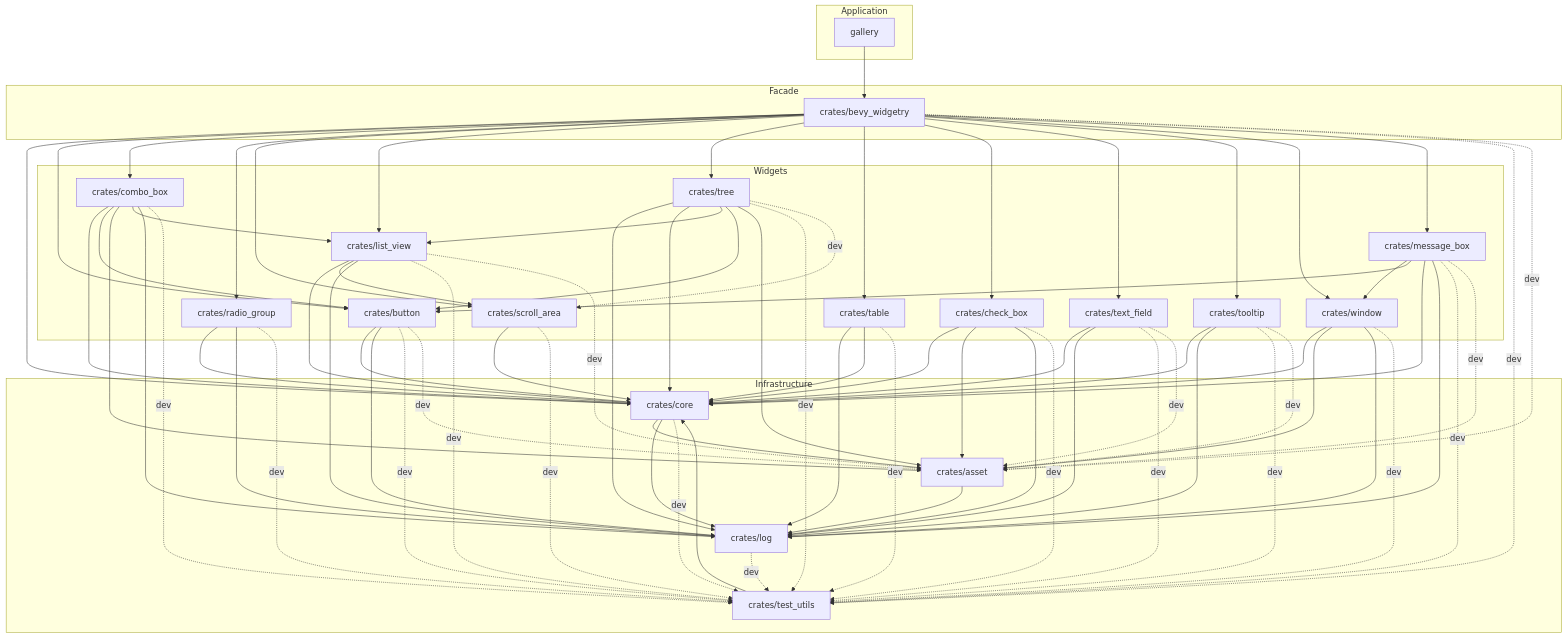
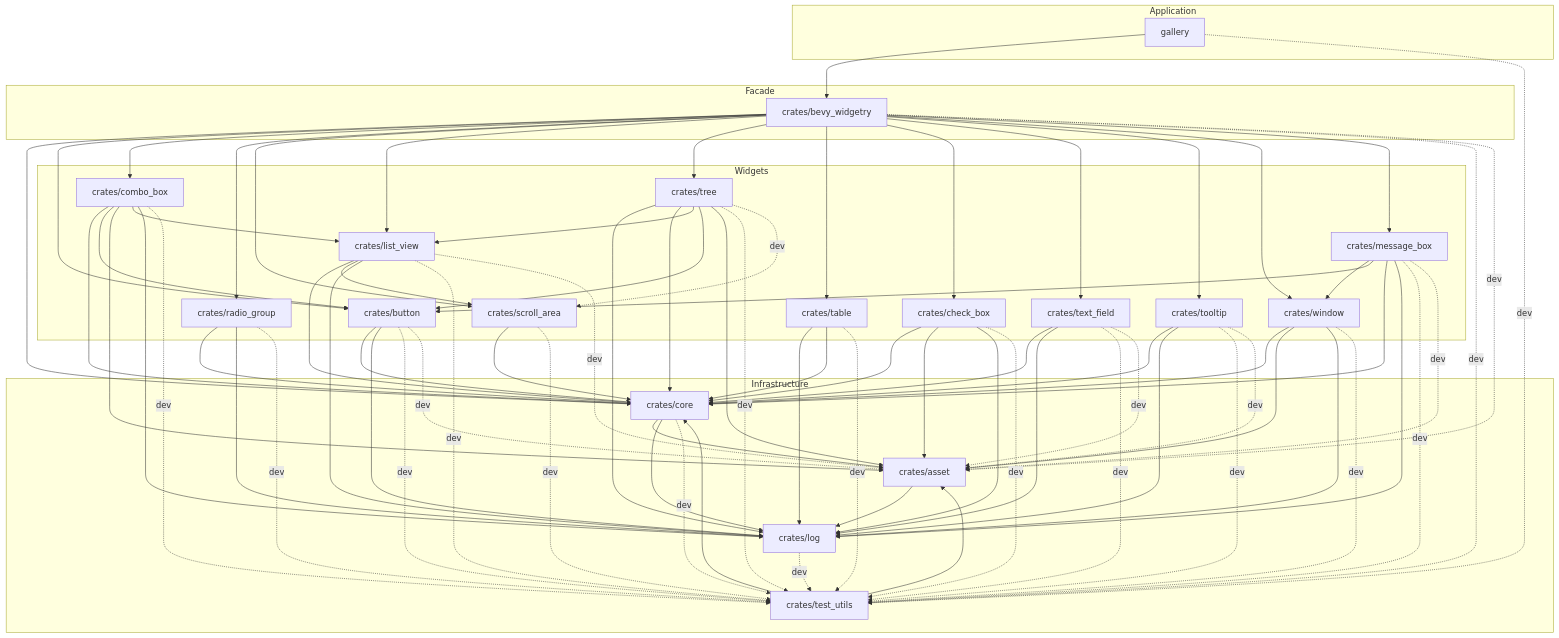
The diagram in docs/architecture.md (slc90/bevy_widgetry), drawn with Mermaid before and after one commit. The commit also changed other lines of this file and 18 other files, not shown here.

```diff
--- a/docs/architecture.md
+++ b/docs/architecture.md
@@ -223,6 +227,7 @@
     end
 
     gallery --> widgetry
+    gallery -. dev .-> test_utils
 
     widgetry --> core
     widgetry --> button
@@ -284,6 +289,7 @@
     window --> log
 
     test_utils --> core
+    test_utils --> asset
 
     widgetry -. dev .-> test_utils
     widgetry -. dev .-> asset
```
